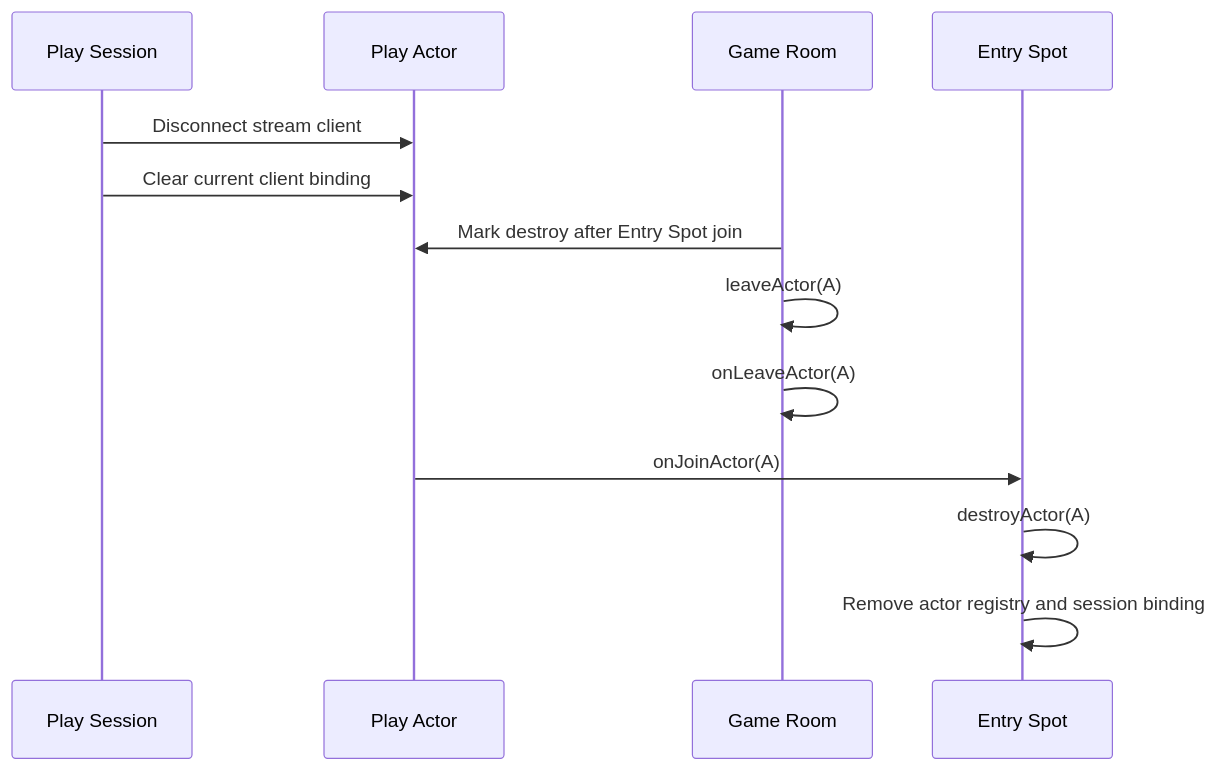
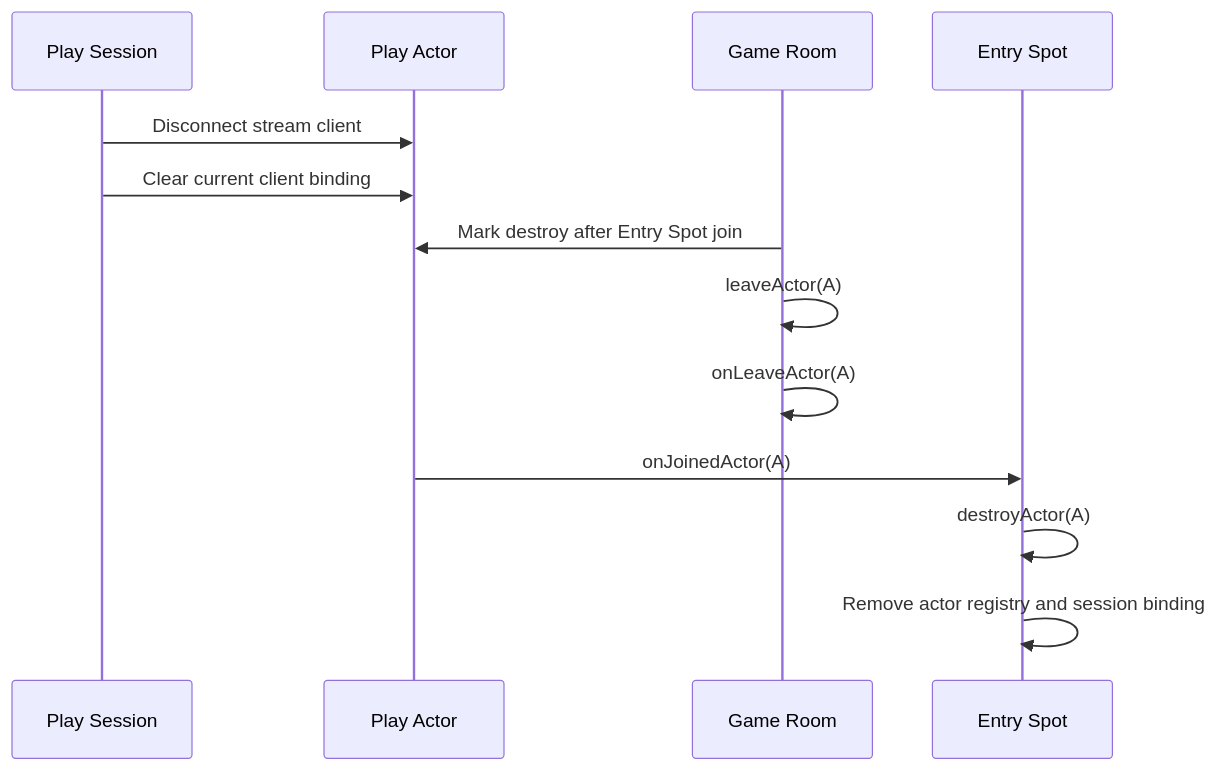
One commit to kairos-code-dev/zlink changed the fifth of 5 diagrams in framework/doc/spec/sample/tictactoe/README.ko.md. Above: the diagram before and after it, drawn with Mermaid. The commit also changed other lines of this file and 331 other files, not shown here.

````diff
--- a/framework/doc/spec/sample/tictactoe/README.ko.md
+++ b/framework/doc/spec/sample/tictactoe/README.ko.md
@@ -578,16 +578,16 @@
 ```mermaid
 sequenceDiagram
     participant S as Play Session
     participant A as Play Actor
     participant R as Game Room
     participant E as Entry Spot
 
     S->>A: Disconnect stream client
     S->>A: Clear current client binding
     R->>A: Mark destroy after Entry Spot join
     R->>R: leaveActor(A)
     R->>R: onLeaveActor(A)
-    A->>E: onJoinActor(A)
+    A->>E: onJoinedActor(A)
     E->>E: destroyActor(A)
     E->>E: Remove actor registry and session binding
 ```
````
